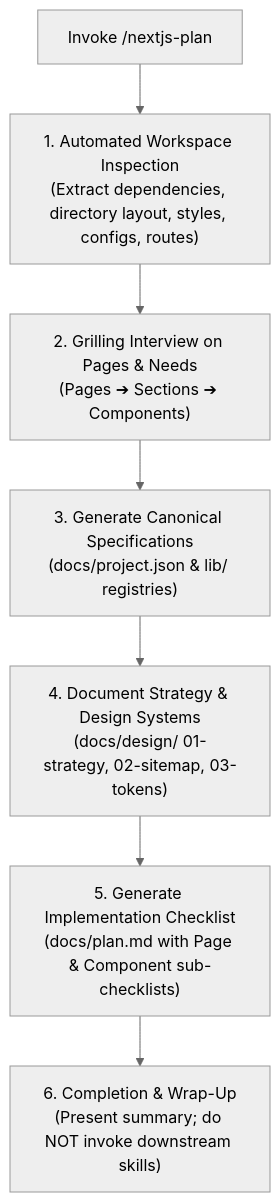
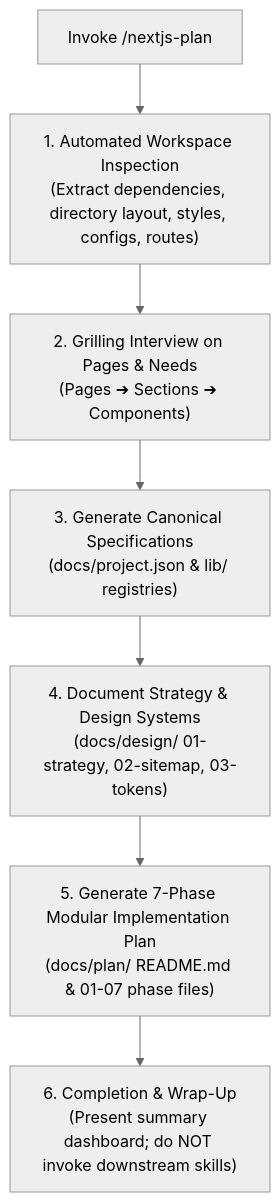
One commit to BIGboss248/aminwebsite changed the diagram in .agents/skills/nextjs-plan/SKILL.md. Above: the diagram before and after it, drawn with Mermaid (neutral theme). The commit also changed other lines of this file and 20 other files, not shown here.

````diff
--- a/.agents/skills/nextjs-plan/SKILL.md
+++ b/.agents/skills/nextjs-plan/SKILL.md
@@ -18,9 +18,9 @@
 ```mermaid
 flowchart TD
     Invoke["Invoke /nextjs-plan"] --> Step1["1. Automated Workspace Inspection<br/>(Extract dependencies, directory layout, styles, configs, routes)"]
     Step1 --> Step2["2. Grilling Interview on Pages & Needs<br/>(Pages ➔ Sections ➔ Components)"]
     Step2 --> Step3["3. Generate Canonical Specifications<br/>(docs/project.json & lib/ registries)"]
     Step3 --> Step4["4. Document Strategy & Design Systems<br/>(docs/design/ 01-strategy, 02-sitemap, 03-tokens)"]
-    Step4 --> Step5["5. Generate Implementation Checklist<br/>(docs/plan.md with Page & Component sub-checklists)"]
-    Step5 --> Step6["6. Completion & Wrap-Up<br/>(Present summary; do NOT invoke downstream skills)"]
+    Step4 --> Step5["5. Generate 7-Phase Modular Implementation Plan<br/>(docs/plan/ README.md & 01-07 phase files)"]
+    Step5 --> Step6["6. Completion & Wrap-Up<br/>(Present summary dashboard; do NOT invoke downstream skills)"]
 ```
````
